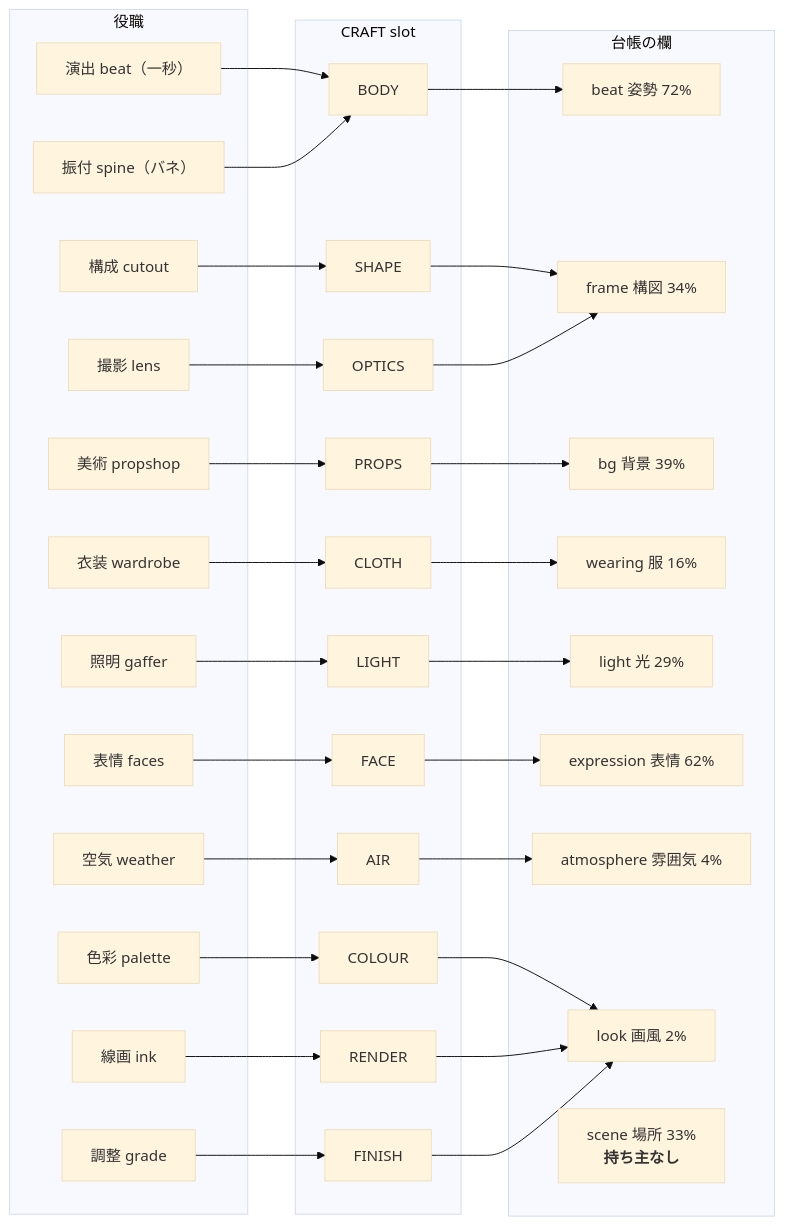
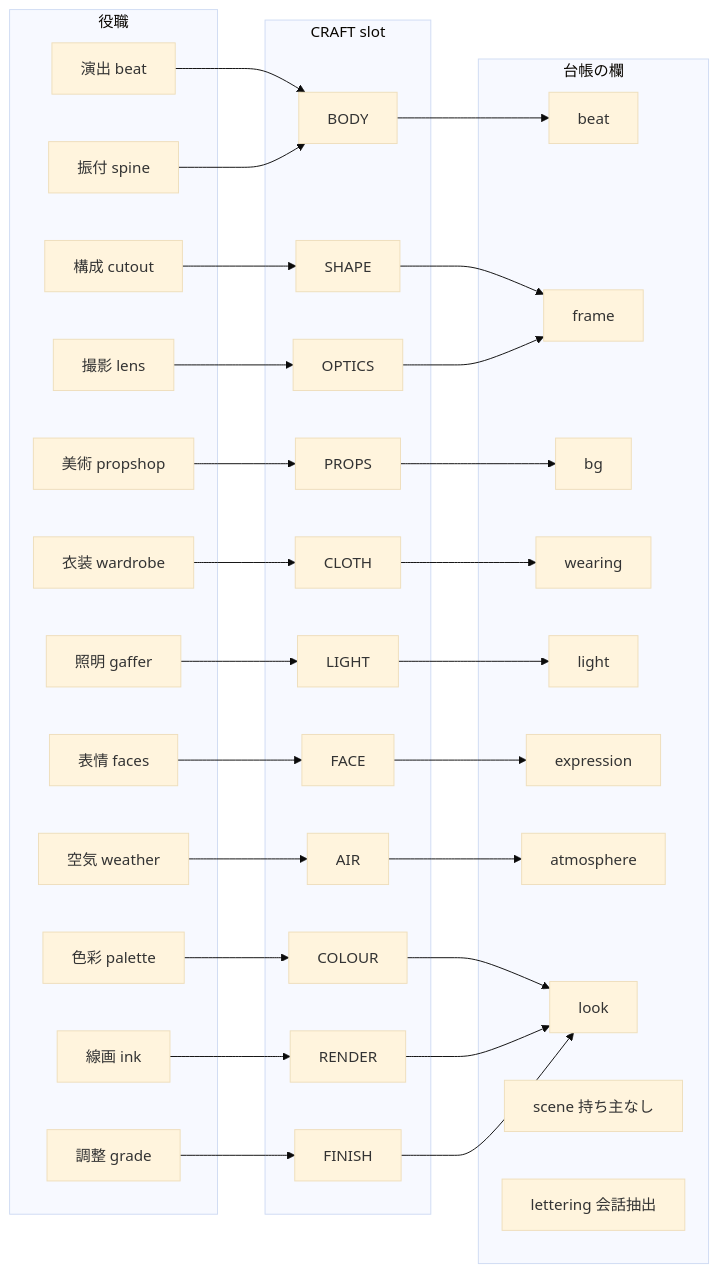
Before and after one commit to ranbell/ranbell_image: the fourth of 6 diagrams in docs/tech/muse.ja.md, drawn with Mermaid (base theme). The commit also changed other lines of this file and 6 other files, not shown here.

````diff
--- a/docs/tech/muse.ja.md
+++ b/docs/tech/muse.ja.md
@@ -140,44 +322,55 @@
 ```mermaid
 flowchart LR
     subgraph SEATS["役職"]
-        beat["演出 beat（一秒）"]
-        spine["振付 spine（バネ）"]
+        beat["演出 beat"]
+        spine["振付 spine"]
         cutout["構成 cutout"]
         lens["撮影 lens"]
         propshop["美術 propshop"]
         wardrobe["衣装 wardrobe"]
         gaffer["照明 gaffer"]
         faces["表情 faces"]
         weather["空気 weather"]
         palette["色彩 palette"]
         ink["線画 ink"]
         grade["調整 grade"]
     end
     subgraph SLOT["CRAFT slot"]
-        BODY; SHAPE; OPTICS; PROPS; CLOTH; LIGHT; FACE; AIR; COLOUR; RENDER; FINISH
+        BODY
+        SHAPE
+        OPTICS
+        PROPS
+        CLOTH
+        LIGHT
+        FACE
+        AIR
+        COLOUR
+        RENDER
+        FINISH
     end
     subgraph FIELD["台帳の欄"]
-        F_beat["beat 姿勢 72%"]
-        F_frame["frame 構図 34%"]
-        F_bg["bg 背景 39%"]
-        F_wear["wearing 服 16%"]
-        F_light["light 光 29%"]
-        F_expr["expression 表情 62%"]
-        F_atm["atmosphere 雰囲気 4%"]
-        F_look["look 画風 2%"]
-        F_scene["scene 場所 33%<br/><b>持ち主なし</b>"]
+        F_beat["beat"]
+        F_frame["frame"]
+        F_bg["bg"]
+        F_wear["wearing"]
+        F_light["light"]
+        F_expr["expression"]
+        F_atm["atmosphere"]
+        F_look["look"]
+        F_scene["scene 持ち主なし"]
+        F_let["lettering 会話抽出"]
     end
 
     beat --> BODY --> F_beat
     spine --> BODY
     cutout --> SHAPE --> F_frame
     lens --> OPTICS --> F_frame
     propshop --> PROPS --> F_bg
     wardrobe --> CLOTH --> F_wear
     gaffer --> LIGHT --> F_light
     faces --> FACE --> F_expr
     weather --> AIR --> F_atm
     palette --> COLOUR --> F_look
     ink --> RENDER --> F_look
     grade --> FINISH --> F_look
 ```
````
